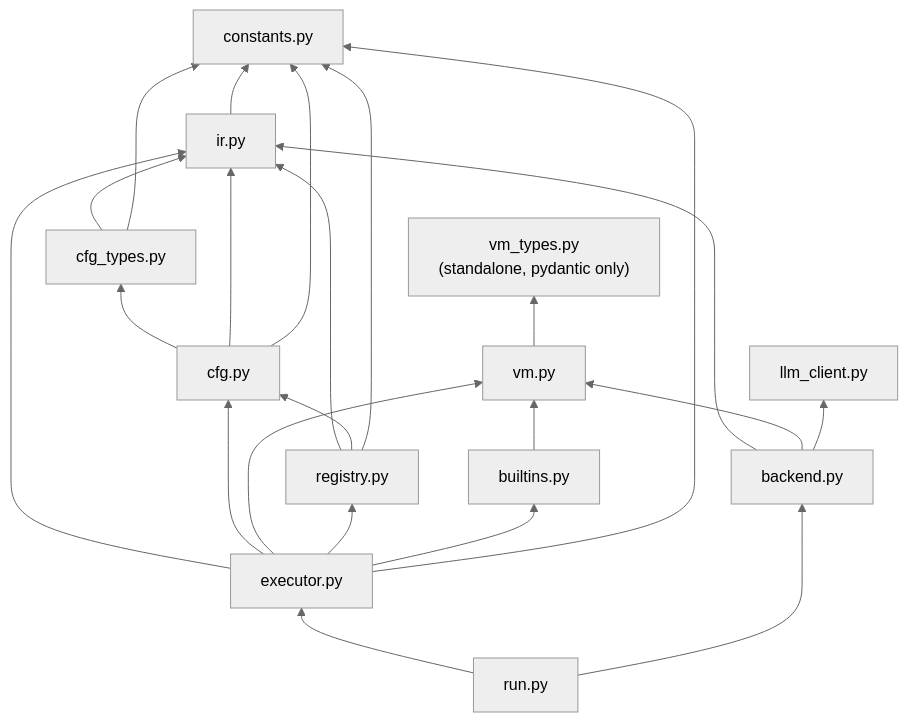
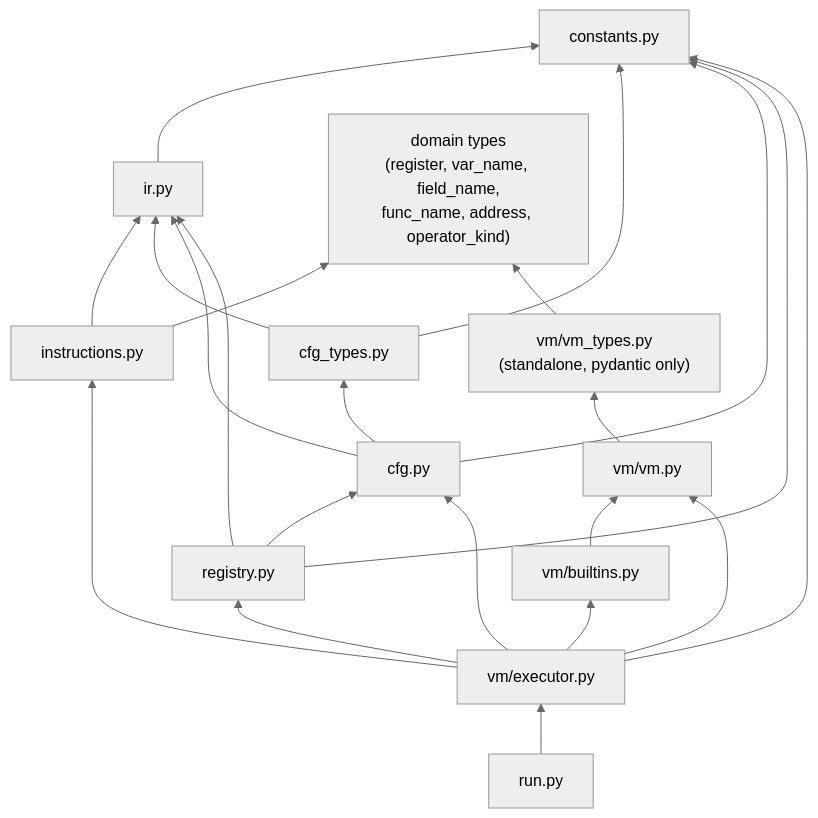
Before and after one commit to avishek-sen-gupta/red-dragon: the fifth of 5 diagrams in docs/notes-on-vm-design.md, drawn with Mermaid (neutral theme). The commit also changed other lines of this file and 12 other files, not shown here.

First line of the commit message:
docs: comprehensive update for domain types, typed instructions, heap privatization

````diff
--- a/docs/notes-on-vm-design.md
+++ b/docs/notes-on-vm-design.md
@@ -1168,15 +1208,16 @@
 ```mermaid
 flowchart BT
     constants["constants.py"]
     ir["ir.py"] --> constants
+    instructions["instructions.py"] --> ir
+    domain["domain types\n(register, var_name, field_name,\nfunc_name, address, operator_kind)"]
+    instructions --> domain
     cfg_types["cfg_types.py"] --> ir & constants
     cfg["cfg.py"] --> cfg_types & ir & constants
-    vm_types["vm_types.py\n(standalone, pydantic only)"]
-    vm["vm.py"] --> vm_types
+    vm_types["vm/vm_types.py\n(standalone, pydantic only)"] --> domain
+    vm["vm/vm.py"] --> vm_types
     registry["registry.py"] --> ir & cfg & constants
-    builtins["builtins.py"] --> vm
-    executor["executor.py"] --> ir & cfg & vm & registry & builtins & constants
-    llm_client["llm_client.py"]
-    backend["backend.py"] --> ir & vm & llm_client
-    run["run.py"] --> executor & backend
+    builtins["vm/builtins.py"] --> vm
+    executor["vm/executor.py"] --> instructions & cfg & vm & registry & builtins & constants
+    run["run.py"] --> executor
 ```
````
